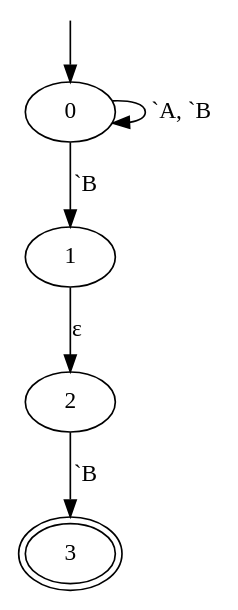
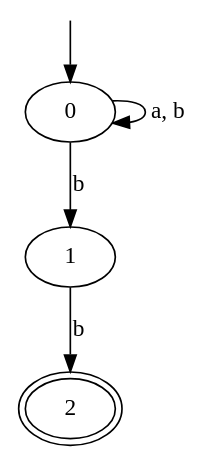
Before and after one commit to p9romain/automaton: the diagram in src/nfa.dot, drawn with Graphviz. The commit also changed 6 other files, not shown here.

```diff
--- a/src/nfa.dot
+++ b/src/nfa.dot
@@ -1,10 +1,9 @@
 digraph automaton
 {
   __INVISIBLE_NODE_0__ [label= "", shape=none,height=.0,width=.0] ;
   __INVISIBLE_NODE_0__ -> 0 ;
-  3 [peripheries=2] ;
-  0 -> 0 [label="`A, `B"] ;
-  0 -> 1 [label="`B"] ;
-  1 -> 2 [label="ε"] ;
-  2 -> 3 [label="`B"] ;
+  2 [peripheries=2] ;
+  0 -> 0 [label="a, b"] ;
+  0 -> 1 [label="b"] ;
+  1 -> 2 [label="b"] ;
 }
```
